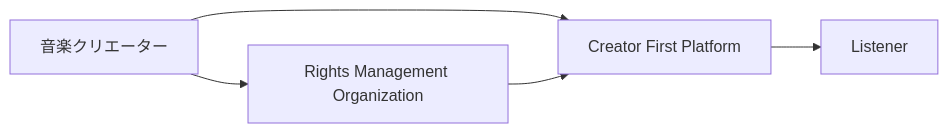
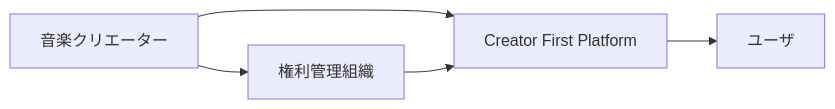
One commit to ShigeichiroYamasaki/creator-first-platform changed the ninth of 45 diagrams in docs/whitepaper/11-legal-sto-tax.md. Above: the diagram before and after it, drawn with Mermaid. The commit also changed other lines of this file and 72 other files, not shown here.

````diff
--- a/docs/whitepaper/11-legal-sto-tax.md
+++ b/docs/whitepaper/11-legal-sto-tax.md
@@ -251,12 +251,12 @@
 ```mermaid
 flowchart LR
     CREATOR[音楽クリエーター]
-    CMO[Rights Management Organization]
+    CMO[権利管理組織]
     CFP[Creator First Platform]
-    USER[Listener]
+    USER[ユーザ]
 
     CREATOR --> CMO
     CREATOR --> CFP
     CMO --> CFP
     CFP --> USER
 ```
````
